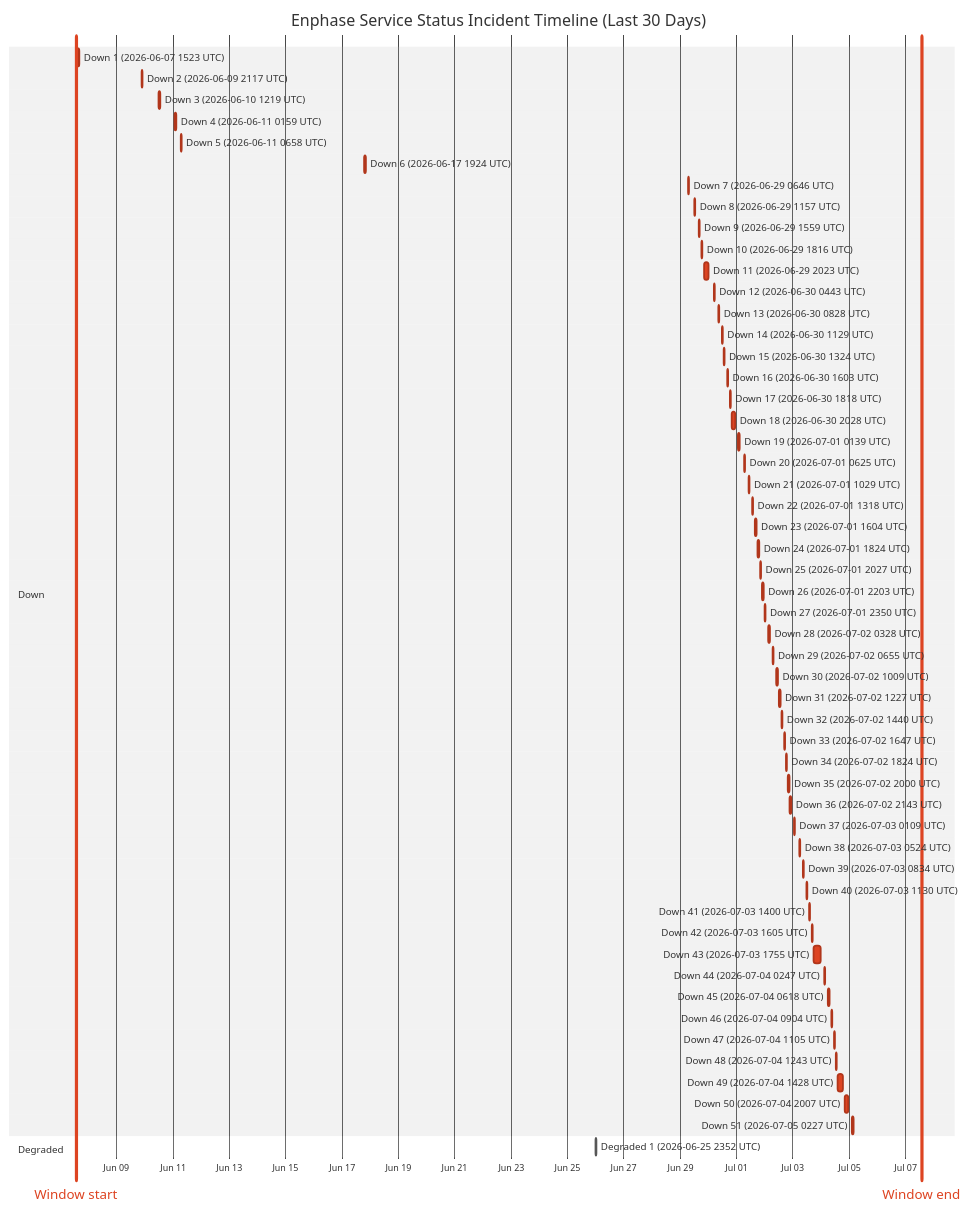
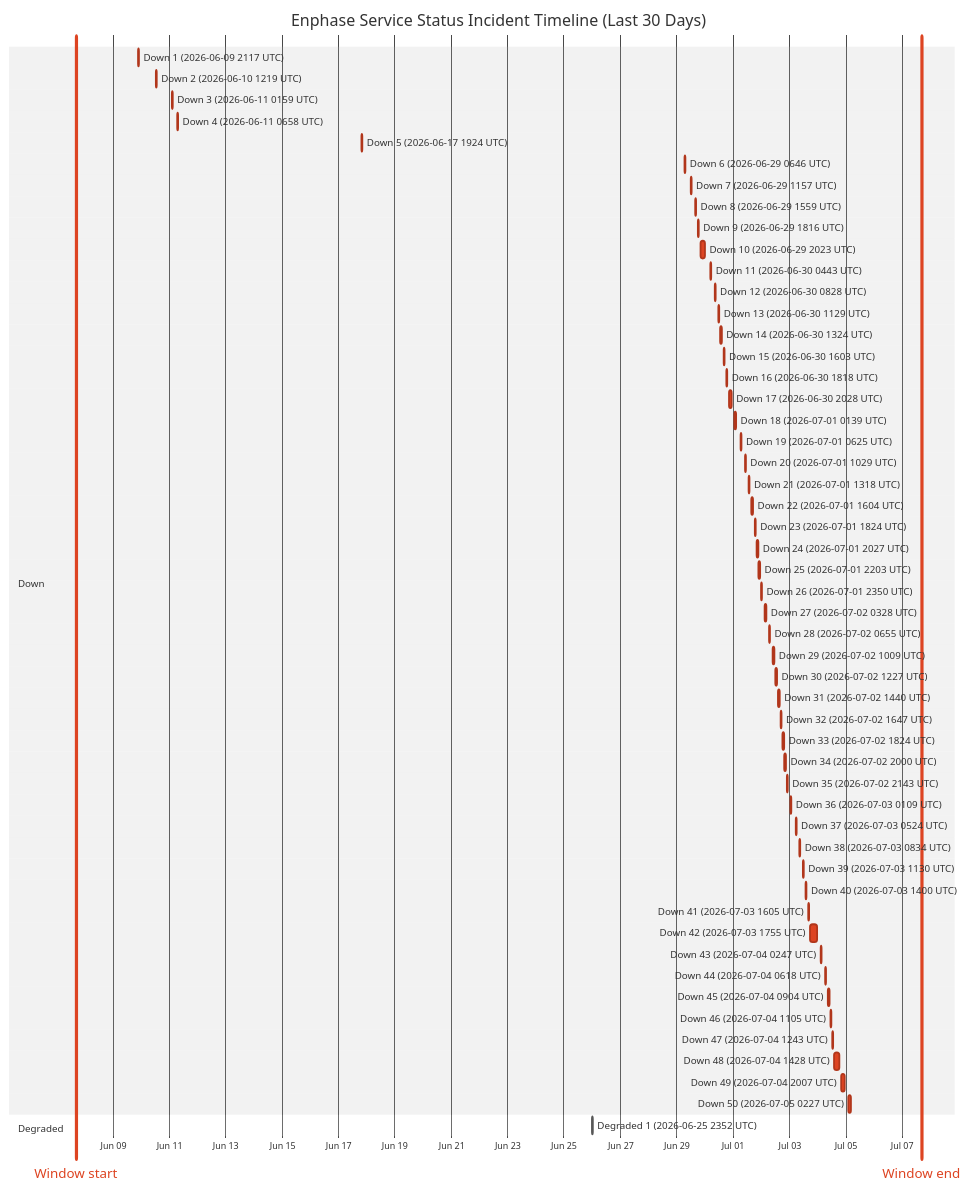
The diagram in wiki/Service-Status-History.md (barneyonline/ha-enphase-energy), drawn with Mermaid (neutral theme) before and after one commit. The commit also changed other lines of this file and 3 other files, not shown here.

````diff
--- a/wiki/Service-Status-History.md
+++ b/wiki/Service-Status-History.md
@@ -14,62 +14,61 @@
 ```mermaid
 gantt
     title Enphase Service Status Incident Timeline (Last 30 Days)
     dateFormat  YYYY-MM-DDTHH:mm:ss
     axisFormat  %b %d
-    Window start :vert, window-start, 2026-06-07T13:33:12, 0ms
-    Window end :vert, window-end, 2026-07-07T13:33:12, 0ms
+    Window start :vert, window-start, 2026-06-07T16:29:14, 0ms
+    Window end :vert, window-end, 2026-07-07T16:29:14, 0ms
     section Down
-    Down 1 (2026-06-07 1523 UTC) :crit, down-1, 2026-06-07T15:23:22, 87m
-    Down 2 (2026-06-09 2117 UTC) :crit, down-2, 2026-06-09T21:17:17, 60m
-    Down 3 (2026-06-10 1219 UTC) :crit, down-3, 2026-06-10T12:19:21, 60m
-    Down 4 (2026-06-11 0159 UTC) :crit, down-4, 2026-06-11T01:59:36, 60m
-    Down 5 (2026-06-11 0658 UTC) :crit, down-5, 2026-06-11T06:58:45, 60m
-    Down 6 (2026-06-17 1924 UTC) :crit, down-6, 2026-06-17T19:24:51, 60m
-    Down 7 (2026-06-29 0646 UTC) :crit, down-7, 2026-06-29T06:46:18, 60m
-    Down 8 (2026-06-29 1157 UTC) :crit, down-8, 2026-06-29T11:57:36, 60m
-    Down 9 (2026-06-29 1559 UTC) :crit, down-9, 2026-06-29T15:59:02, 60m
-    Down 10 (2026-06-29 1816 UTC) :crit, down-10, 2026-06-29T18:16:38, 60m
-    Down 11 (2026-06-29 2023 UTC) :crit, down-11, 2026-06-29T20:23:16, 220m
-    Down 12 (2026-06-30 0443 UTC) :crit, down-12, 2026-06-30T04:43:54, 60m
-    Down 13 (2026-06-30 0828 UTC) :crit, down-13, 2026-06-30T08:28:43, 60m
-    Down 14 (2026-06-30 1129 UTC) :crit, down-14, 2026-06-30T11:29:15, 60m
-    Down 15 (2026-06-30 1324 UTC) :crit, down-15, 2026-06-30T13:24:25, 60m
-    Down 16 (2026-06-30 1603 UTC) :crit, down-16, 2026-06-30T16:03:26, 60m
-    Down 17 (2026-06-30 1818 UTC) :crit, down-17, 2026-06-30T18:18:39, 60m
-    Down 18 (2026-06-30 2028 UTC) :crit, down-18, 2026-06-30T20:28:54, 171m
-    Down 19 (2026-07-01 0139 UTC) :crit, down-19, 2026-07-01T01:39:18, 60m
-    Down 20 (2026-07-01 0625 UTC) :crit, down-20, 2026-07-01T06:25:35, 60m
-    Down 21 (2026-07-01 1029 UTC) :crit, down-21, 2026-07-01T10:29:24, 60m
-    Down 22 (2026-07-01 1318 UTC) :crit, down-22, 2026-07-01T13:18:31, 60m
-    Down 23 (2026-07-01 1604 UTC) :crit, down-23, 2026-07-01T16:04:29, 60m
-    Down 24 (2026-07-01 1824 UTC) :crit, down-24, 2026-07-01T18:24:21, 60m
-    Down 25 (2026-07-01 2027 UTC) :crit, down-25, 2026-07-01T20:27:17, 60m
-    Down 26 (2026-07-01 2203 UTC) :crit, down-26, 2026-07-01T22:03:46, 60m
-    Down 27 (2026-07-01 2350 UTC) :crit, down-27, 2026-07-01T23:50:52, 60m
-    Down 28 (2026-07-02 0328 UTC) :crit, down-28, 2026-07-02T03:28:33, 60m
-    Down 29 (2026-07-02 0655 UTC) :crit, down-29, 2026-07-02T06:55:07, 60m
-    Down 30 (2026-07-02 1009 UTC) :crit, down-30, 2026-07-02T10:09:15, 60m
-    Down 31 (2026-07-02 1227 UTC) :crit, down-31, 2026-07-02T12:27:49, 60m
-    Down 32 (2026-07-02 1440 UTC) :crit, down-32, 2026-07-02T14:40:53, 60m
-    Down 33 (2026-07-02 1647 UTC) :crit, down-33, 2026-07-02T16:47:47, 60m
-    Down 34 (2026-07-02 1824 UTC) :crit, down-34, 2026-07-02T18:24:26, 60m
-    Down 35 (2026-07-02 2000 UTC) :crit, down-35, 2026-07-02T20:00:57, 60m
-    Down 36 (2026-07-02 2143 UTC) :crit, down-36, 2026-07-02T21:43:52, 80m
-    Down 37 (2026-07-03 0109 UTC) :crit, down-37, 2026-07-03T01:09:19, 60m
-    Down 38 (2026-07-03 0524 UTC) :crit, down-38, 2026-07-03T05:24:23, 60m
-    Down 39 (2026-07-03 0834 UTC) :crit, down-39, 2026-07-03T08:34:05, 60m
-    Down 40 (2026-07-03 1130 UTC) :crit, down-40, 2026-07-03T11:30:41, 60m
-    Down 41 (2026-07-03 1400 UTC) :crit, down-41, 2026-07-03T14:00:48, 60m
-    Down 42 (2026-07-03 1605 UTC) :crit, down-42, 2026-07-03T16:05:49, 60m
-    Down 43 (2026-07-03 1755 UTC) :crit, down-43, 2026-07-03T17:55:54, 338m
-    Down 44 (2026-07-04 0247 UTC) :crit, down-44, 2026-07-04T02:47:22, 60m
-    Down 45 (2026-07-04 0618 UTC) :crit, down-45, 2026-07-04T06:18:09, 60m
-    Down 46 (2026-07-04 0904 UTC) :crit, down-46, 2026-07-04T09:04:41, 60m
-    Down 47 (2026-07-04 1105 UTC) :crit, down-47, 2026-07-04T11:05:21, 60m
-    Down 48 (2026-07-04 1243 UTC) :crit, down-48, 2026-07-04T12:43:25, 60m
-    Down 49 (2026-07-04 1428 UTC) :crit, down-49, 2026-07-04T14:28:07, 243m
-    Down 50 (2026-07-04 2007 UTC) :crit, down-50, 2026-07-04T20:07:50, 206m
-    Down 51 (2026-07-05 0227 UTC) :crit, down-51, 2026-07-05T02:27:32, 109m
+    Down 1 (2026-06-09 2117 UTC) :crit, down-1, 2026-06-09T21:17:17, 60m
+    Down 2 (2026-06-10 1219 UTC) :crit, down-2, 2026-06-10T12:19:21, 60m
+    Down 3 (2026-06-11 0159 UTC) :crit, down-3, 2026-06-11T01:59:36, 60m
+    Down 4 (2026-06-11 0658 UTC) :crit, down-4, 2026-06-11T06:58:45, 60m
+    Down 5 (2026-06-17 1924 UTC) :crit, down-5, 2026-06-17T19:24:51, 60m
+    Down 6 (2026-06-29 0646 UTC) :crit, down-6, 2026-06-29T06:46:18, 60m
+    Down 7 (2026-06-29 1157 UTC) :crit, down-7, 2026-06-29T11:57:36, 60m
+    Down 8 (2026-06-29 1559 UTC) :crit, down-8, 2026-06-29T15:59:02, 60m
+    Down 9 (2026-06-29 1816 UTC) :crit, down-9, 2026-06-29T18:16:38, 60m
+    Down 10 (2026-06-29 2023 UTC) :crit, down-10, 2026-06-29T20:23:16, 220m
+    Down 11 (2026-06-30 0443 UTC) :crit, down-11, 2026-06-30T04:43:54, 60m
+    Down 12 (2026-06-30 0828 UTC) :crit, down-12, 2026-06-30T08:28:43, 60m
+    Down 13 (2026-06-30 1129 UTC) :crit, down-13, 2026-06-30T11:29:15, 60m
+    Down 14 (2026-06-30 1324 UTC) :crit, down-14, 2026-06-30T13:24:25, 60m
+    Down 15 (2026-06-30 1603 UTC) :crit, down-15, 2026-06-30T16:03:26, 60m
+    Down 16 (2026-06-30 1818 UTC) :crit, down-16, 2026-06-30T18:18:39, 60m
+    Down 17 (2026-06-30 2028 UTC) :crit, down-17, 2026-06-30T20:28:54, 171m
+    Down 18 (2026-07-01 0139 UTC) :crit, down-18, 2026-07-01T01:39:18, 60m
+    Down 19 (2026-07-01 0625 UTC) :crit, down-19, 2026-07-01T06:25:35, 60m
+    Down 20 (2026-07-01 1029 UTC) :crit, down-20, 2026-07-01T10:29:24, 60m
+    Down 21 (2026-07-01 1318 UTC) :crit, down-21, 2026-07-01T13:18:31, 60m
+    Down 22 (2026-07-01 1604 UTC) :crit, down-22, 2026-07-01T16:04:29, 60m
+    Down 23 (2026-07-01 1824 UTC) :crit, down-23, 2026-07-01T18:24:21, 60m
+    Down 24 (2026-07-01 2027 UTC) :crit, down-24, 2026-07-01T20:27:17, 60m
+    Down 25 (2026-07-01 2203 UTC) :crit, down-25, 2026-07-01T22:03:46, 60m
+    Down 26 (2026-07-01 2350 UTC) :crit, down-26, 2026-07-01T23:50:52, 60m
+    Down 27 (2026-07-02 0328 UTC) :crit, down-27, 2026-07-02T03:28:33, 60m
+    Down 28 (2026-07-02 0655 UTC) :crit, down-28, 2026-07-02T06:55:07, 60m
+    Down 29 (2026-07-02 1009 UTC) :crit, down-29, 2026-07-02T10:09:15, 60m
+    Down 30 (2026-07-02 1227 UTC) :crit, down-30, 2026-07-02T12:27:49, 60m
+    Down 31 (2026-07-02 1440 UTC) :crit, down-31, 2026-07-02T14:40:53, 60m
+    Down 32 (2026-07-02 1647 UTC) :crit, down-32, 2026-07-02T16:47:47, 60m
+    Down 33 (2026-07-02 1824 UTC) :crit, down-33, 2026-07-02T18:24:26, 60m
+    Down 34 (2026-07-02 2000 UTC) :crit, down-34, 2026-07-02T20:00:57, 60m
+    Down 35 (2026-07-02 2143 UTC) :crit, down-35, 2026-07-02T21:43:52, 80m
+    Down 36 (2026-07-03 0109 UTC) :crit, down-36, 2026-07-03T01:09:19, 60m
+    Down 37 (2026-07-03 0524 UTC) :crit, down-37, 2026-07-03T05:24:23, 60m
+    Down 38 (2026-07-03 0834 UTC) :crit, down-38, 2026-07-03T08:34:05, 60m
+    Down 39 (2026-07-03 1130 UTC) :crit, down-39, 2026-07-03T11:30:41, 60m
+    Down 40 (2026-07-03 1400 UTC) :crit, down-40, 2026-07-03T14:00:48, 60m
+    Down 41 (2026-07-03 1605 UTC) :crit, down-41, 2026-07-03T16:05:49, 60m
+    Down 42 (2026-07-03 1755 UTC) :crit, down-42, 2026-07-03T17:55:54, 338m
+    Down 43 (2026-07-04 0247 UTC) :crit, down-43, 2026-07-04T02:47:22, 60m
+    Down 44 (2026-07-04 0618 UTC) :crit, down-44, 2026-07-04T06:18:09, 60m
+    Down 45 (2026-07-04 0904 UTC) :crit, down-45, 2026-07-04T09:04:41, 60m
+    Down 46 (2026-07-04 1105 UTC) :crit, down-46, 2026-07-04T11:05:21, 60m
+    Down 47 (2026-07-04 1243 UTC) :crit, down-47, 2026-07-04T12:43:25, 60m
+    Down 48 (2026-07-04 1428 UTC) :crit, down-48, 2026-07-04T14:28:07, 243m
+    Down 49 (2026-07-04 2007 UTC) :crit, down-49, 2026-07-04T20:07:50, 206m
+    Down 50 (2026-07-05 0227 UTC) :crit, down-50, 2026-07-05T02:27:32, 109m
     section Degraded
     Degraded 1 (2026-06-25 2352 UTC) :active, degraded-1, 2026-06-25T23:52:01, 60m
 ```
````
